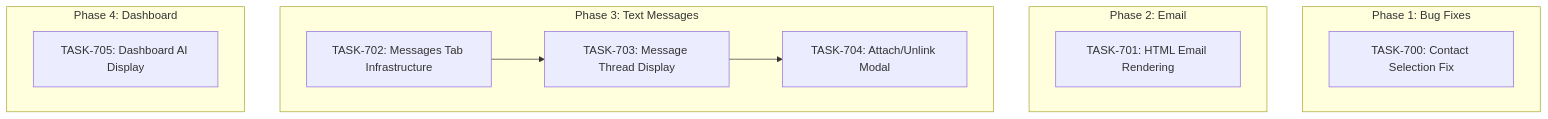
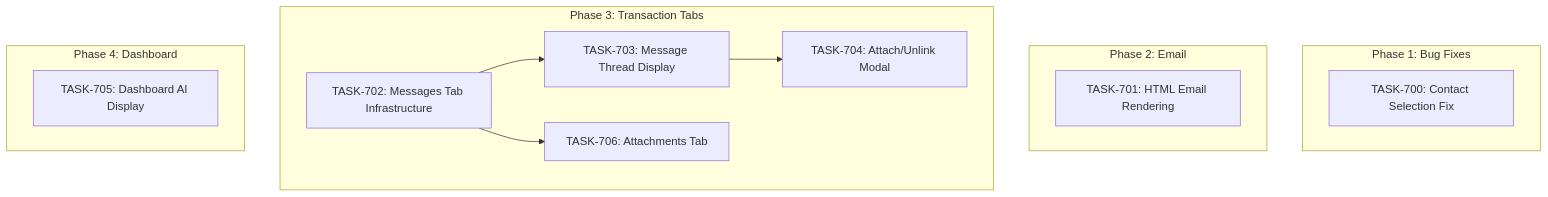
Before and after one commit to 5hdaniel/Mad: the diagram in .claude/plans/sprints/SPRINT-010-core-polish-text-messages.md, drawn with Mermaid. The commit also changed other lines of this file and 1 other file, not shown here.

First line of the commit message:
docs(pm): add TASK-706 attachments tab to SPRINT-010

````diff
--- a/.claude/plans/sprints/SPRINT-010-core-polish-text-messages.md
+++ b/.claude/plans/sprints/SPRINT-010-core-polish-text-messages.md
@@ -59,23 +60,25 @@
 ```mermaid
 graph TD
     subgraph Phase1[Phase 1: Bug Fixes]
         T700[TASK-700: Contact Selection Fix]
     end
 
     subgraph Phase2[Phase 2: Email]
         T701[TASK-701: HTML Email Rendering]
     end
 
-    subgraph Phase3[Phase 3: Text Messages]
+    subgraph Phase3[Phase 3: Transaction Tabs]
         T702[TASK-702: Messages Tab Infrastructure]
         T703[TASK-703: Message Thread Display]
         T704[TASK-704: Attach/Unlink Modal]
+        T706[TASK-706: Attachments Tab]
     end
 
     subgraph Phase4[Phase 4: Dashboard]
         T705[TASK-705: Dashboard AI Display]
     end
 
     T702 --> T703
     T703 --> T704
+    T702 --> T706
 ```
````
